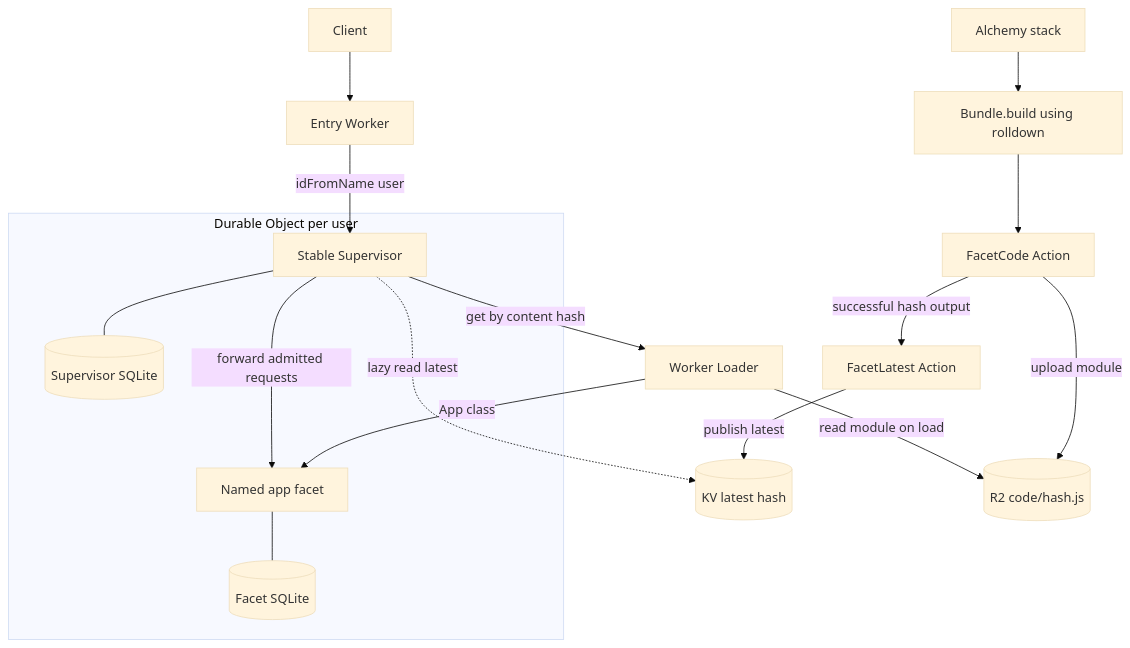
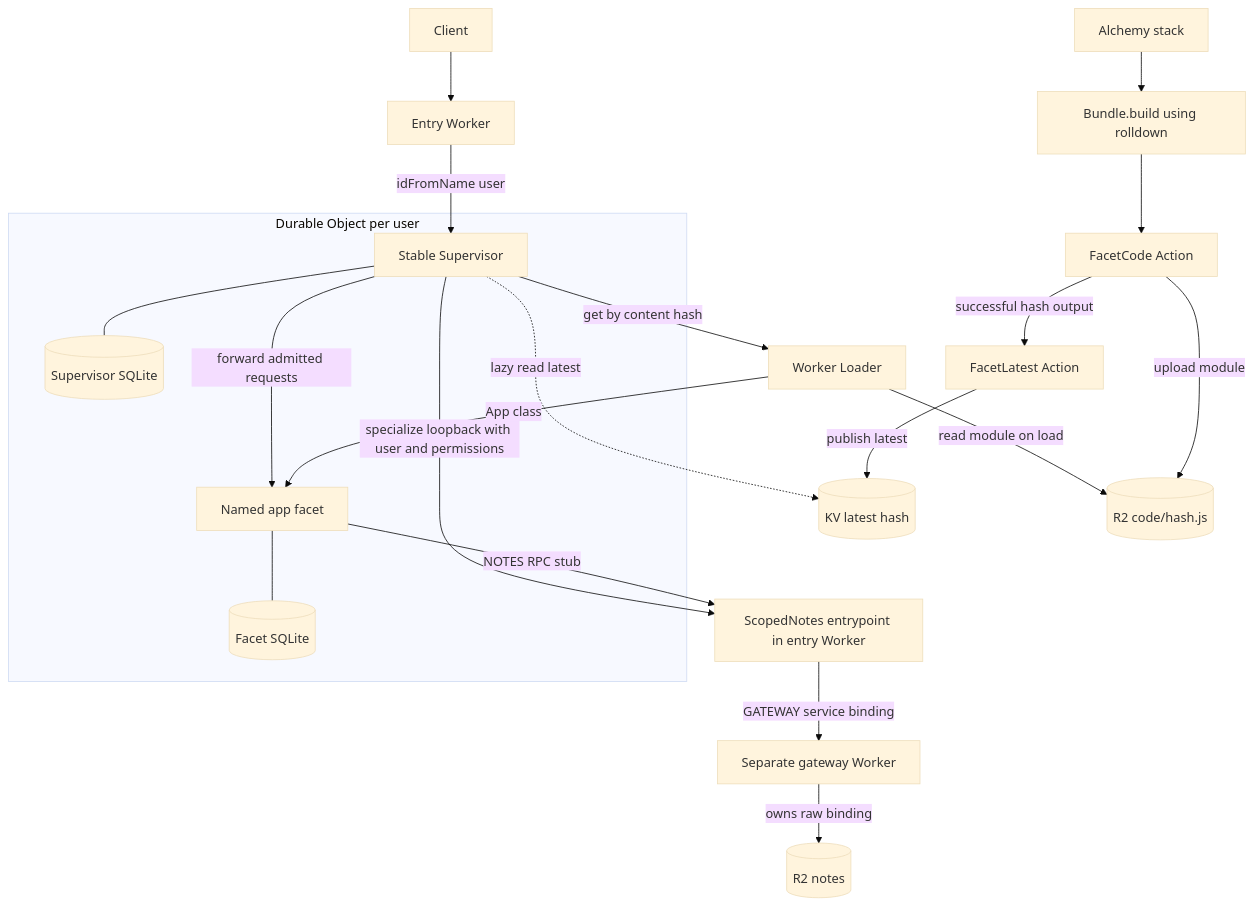
One commit to boarush/facet-swap changed the first of 4 diagrams in README.md. Above: the diagram before and after it, drawn with Mermaid (base theme). The commit also changed other lines of this file, not shown here.

````diff
--- a/README.md
+++ b/README.md
@@ -19,19 +19,23 @@
 ```mermaid
 flowchart TB
   C[Client] --> E[Entry Worker]
   E -->|idFromName user| S
   subgraph DO[Durable Object per user]
     S[Stable Supervisor] -->|forward admitted requests| F[Named app facet]
     S --- SD[(Supervisor SQLite)]
     F --- FD[(Facet SQLite)]
   end
+  S -->|specialize loopback with user and permissions| N[ScopedNotes entrypoint in entry Worker]
+  N -->|GATEWAY service binding| G[Separate gateway Worker]
+  F -->|NOTES RPC stub| N
+  G -->|owns raw binding| NOTES[(R2 notes)]
   S -.->|lazy read latest| KV[(KV latest hash)]
   S -->|get by content hash| L[Worker Loader]
   L -->|read module on load| R2[(R2 code/hash.js)]
   L -->|App class| F
   STACK[Alchemy stack] --> B[Bundle.build using rolldown]
   B --> U[FacetCode Action]
   U -->|upload module| R2
   U -->|successful hash output| P[FacetLatest Action]
   P -->|publish latest| KV
 ```
````
